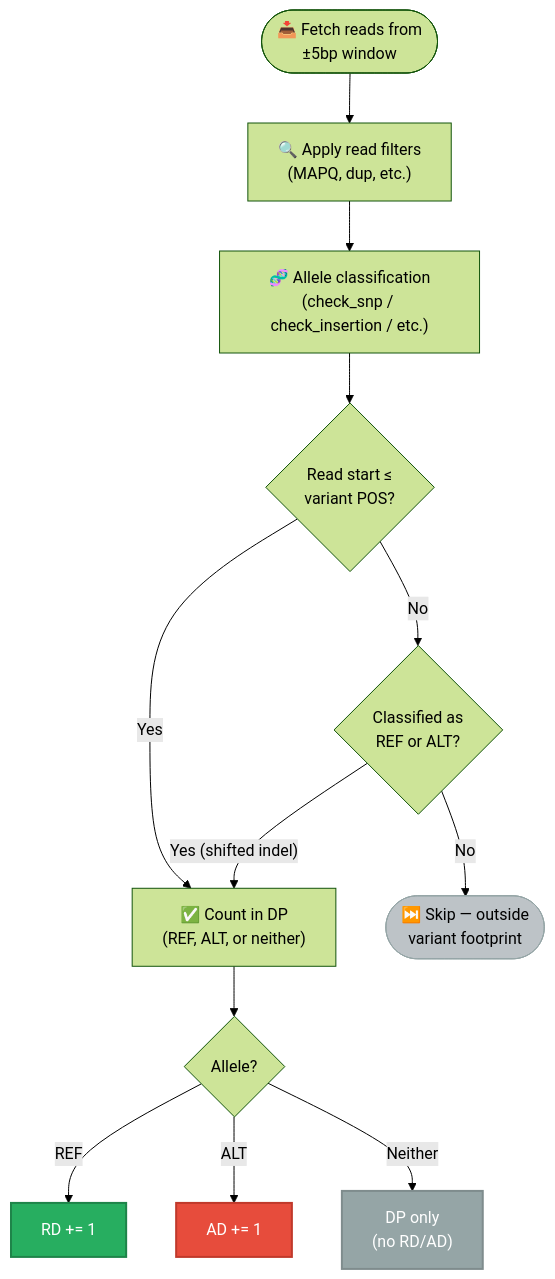
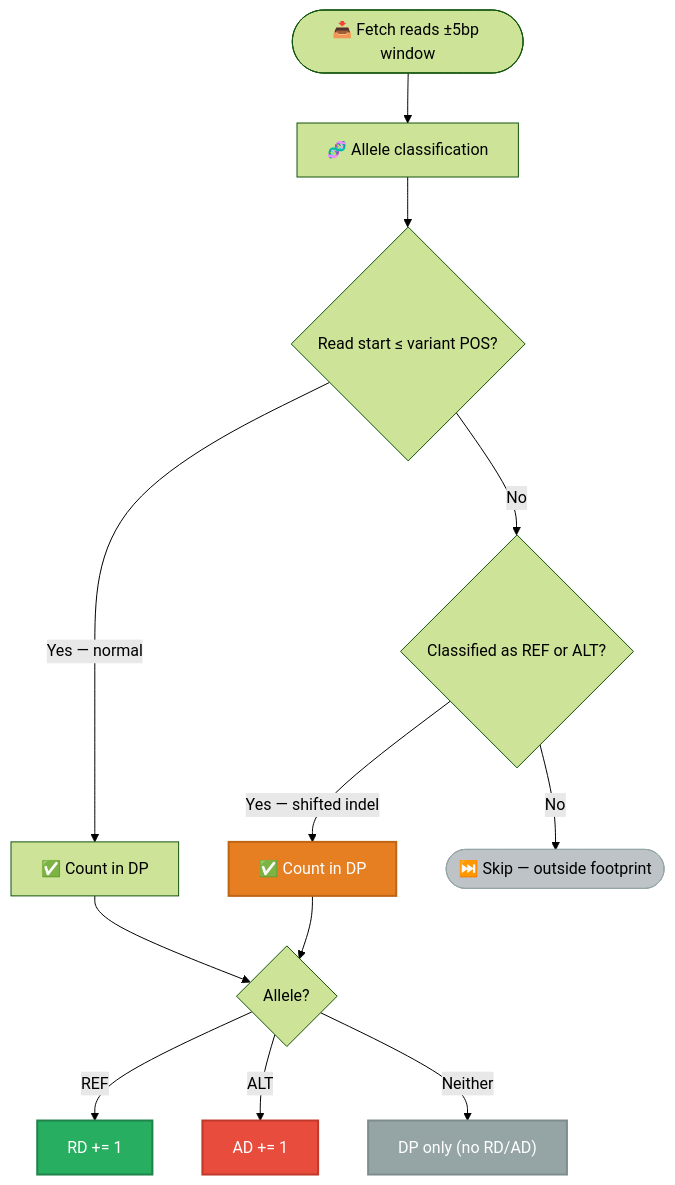
The second of 5 diagrams in docs/reference/counting-metrics.md (msk-access/gbcms), drawn with Mermaid (forest theme) before and after one commit. The commit also changed other lines of this file and 2 other files, not shown here.

First line of the commit message:
docs: batch 1+2 mermaid diagram improvements

````diff
--- a/docs/reference/counting-metrics.md
+++ b/docs/reference/counting-metrics.md
@@ -34,19 +43,20 @@
 ```mermaid
 flowchart TD
-    Fetch(["📥 Fetch reads from<br/>±5bp window"]) --> Filters["🔍 Apply read filters<br/>(MAPQ, dup, etc.)"]
-    Filters --> Classify["🧬 Allele classification<br/>(check_snp / check_insertion / etc.)"]
-    Classify --> Anchor{"Read start ≤<br/>variant POS?"}
-    Anchor -->|"Yes"| DP["✅ Count in DP<br/>(REF, ALT, or neither)"]
-    Anchor -->|"No"| ClassCheck{"Classified as<br/>REF or ALT?"}
-    ClassCheck -->|"Yes (shifted indel)"| DP
-    ClassCheck -->|"No"| Skip(["⏭️ Skip — outside<br/>variant footprint"]):::skip
+    Fetch(["📥 Fetch reads ±5bp window"]) --> Classify["🧬 Allele classification"]
+    Classify --> Anchor{"Read start ≤ variant POS?"}
+    Anchor -->|"Yes — normal"| DP["✅ Count in DP"]
+    Anchor -->|"No"| ClassCheck{"Classified as REF or ALT?"}
+    ClassCheck -->|"Yes — shifted indel"| DPShifted["✅ Count in DP"]:::shifted
+    ClassCheck -->|"No"| Skip(["⏭️ Skip — outside footprint"]):::skip
     DP --> Allele{"Allele?"}
+    DPShifted --> Allele
     Allele -->|REF| RD["RD += 1"]:::ref
     Allele -->|ALT| AD["AD += 1"]:::alt
-    Allele -->|Neither| Neither["DP only<br/>(no RD/AD)"]:::neither
+    Allele -->|Neither| Neither["DP only (no RD/AD)"]:::neither
 
     classDef ref fill:#27ae60,color:#fff,stroke:#1e8449,stroke-width:2px;
     classDef alt fill:#e74c3c,color:#fff,stroke:#c0392b,stroke-width:2px;
     classDef neither fill:#95a5a6,color:#fff,stroke:#7f8c8d,stroke-width:2px;
     classDef skip fill:#bdc3c7,color:#000,stroke:#95a5a6;
+    classDef shifted fill:#e67e22,color:#fff,stroke:#bf6516,stroke-width:2px;
 ```
````
